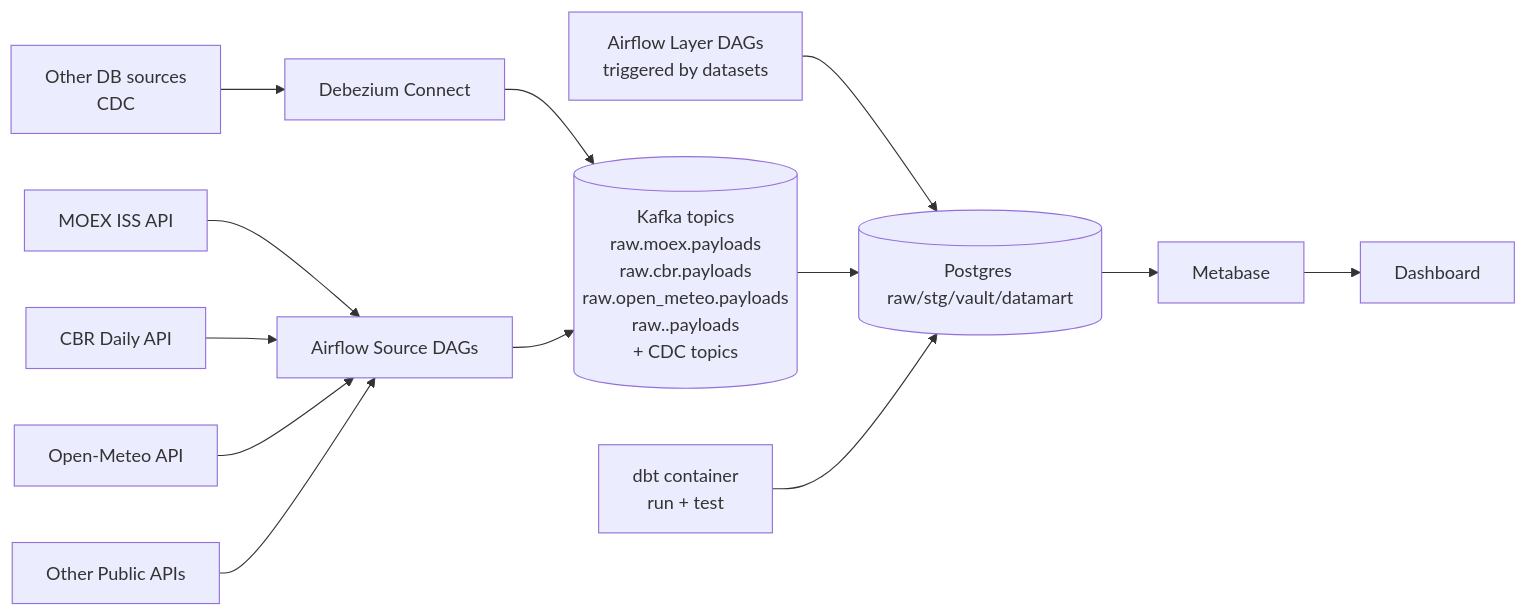
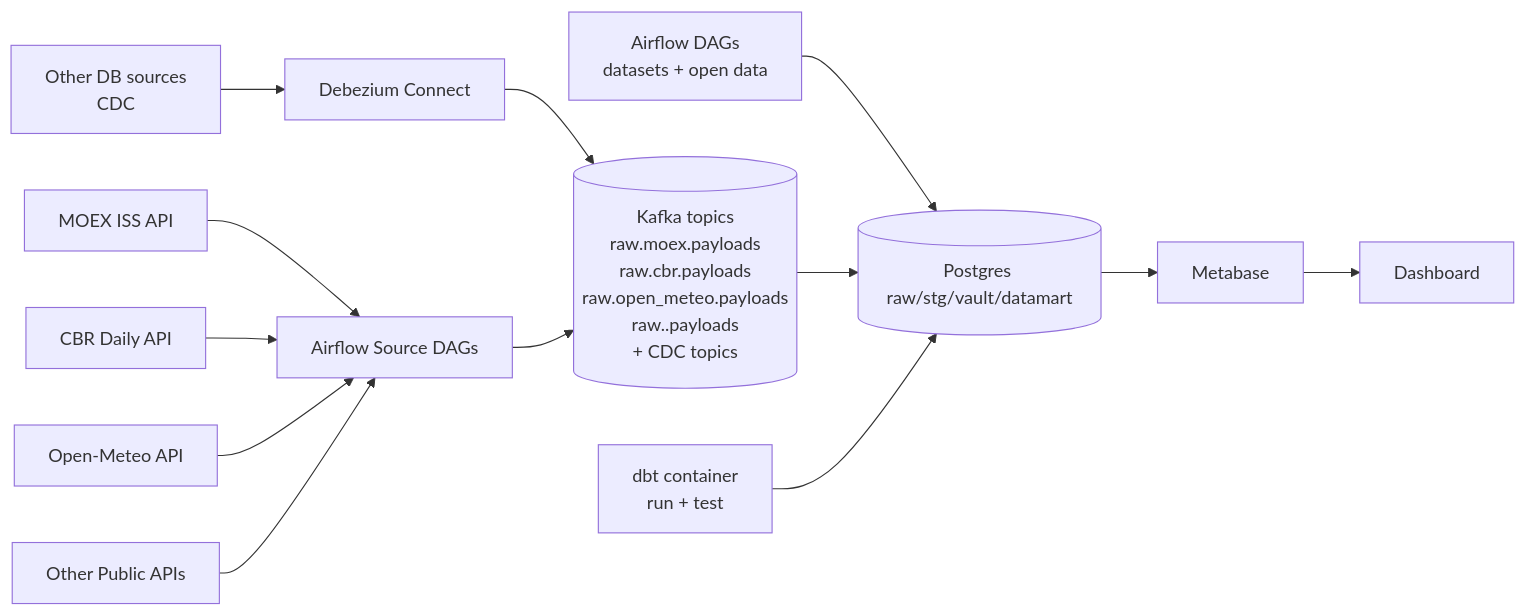
The first of 3 diagrams in docs/architecture.md (4god/moex-etl), drawn with Mermaid before and after one commit. The commit also changed other lines of this file and 17 other files, not shown here.

````diff
--- a/docs/architecture.md
+++ b/docs/architecture.md
@@ -7,15 +7,15 @@
 ```mermaid
 flowchart LR
     A[MOEX ISS API] --> C[Airflow Source DAGs]
     B[CBR Daily API] --> C
     H[Open-Meteo API] --> C
     X[Other Public APIs] --> C
     J[Other DB sources<br/>CDC] --> DBC[Debezium Connect]
     DBC --> K
     C --> K[(Kafka topics<br/>raw.moex.payloads<br/>raw.cbr.payloads<br/>raw.open_meteo.payloads<br/>raw.<new_source>.payloads<br/>+ CDC topics)]
-    C2[Airflow Layer DAGs<br/>triggered by datasets] --> D
+    C2[Airflow DAGs<br/>datasets + open data] --> D
     K --> D[(Postgres raw/stg/vault/datamart)]
     E[dbt container<br/>run + test] --> D
     D --> F[Metabase]
     F --> G[Dashboard]
 ```
````
